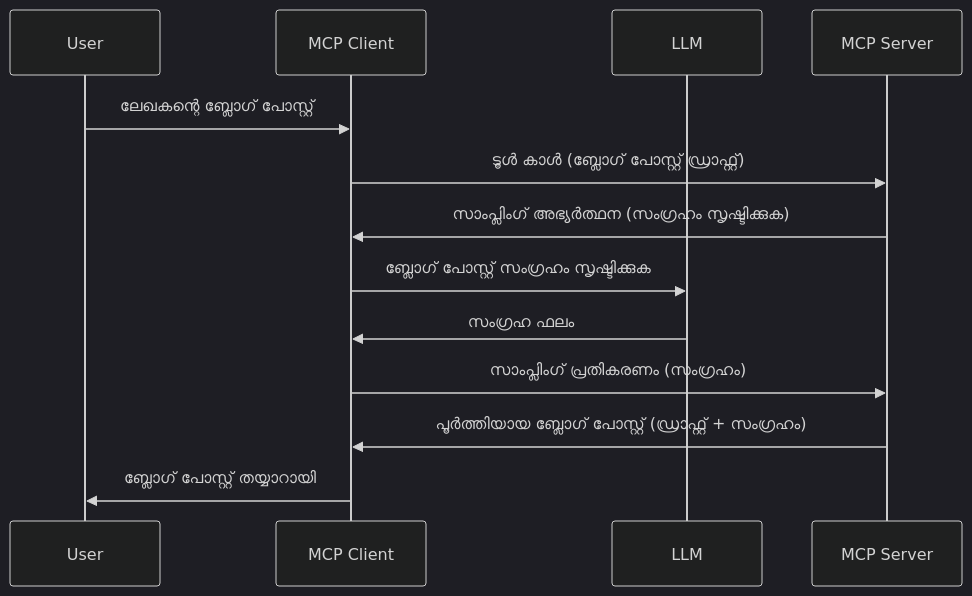
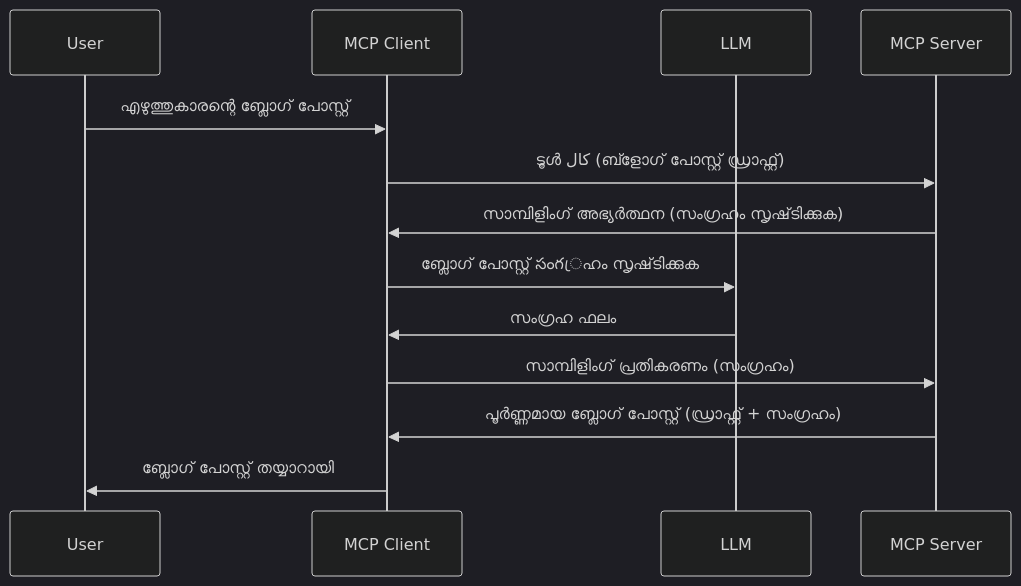
One commit to HIDORAKAI002/ai-workspace-archive changed the diagram in mcp_ecosystem__model_context_protocol/mcp_learning_resources/mcp-for-beginners/translations/ml/03-GettingStarted/14-sampling/README.md. Above: the diagram before and after it, drawn with Mermaid (dark theme). The commit also changed other lines of this file and 5748 other files, not shown here.

Commit message:
chore(sync): update MCP Python SDK, MCP TypeScript SDK, Supabase MCP, Kubernetes MCP Server, Git MCP, MCP Agent, Awesome ChatGPT Prompts, Langfuse, +62 more

````diff
--- a/mcp_ecosystem__model_context_protocol/mcp_learning_resources/mcp-for-beginners/translations/ml/03-GettingStarted/14-sampling/README.md
+++ b/mcp_ecosystem__model_context_protocol/mcp_learning_resources/mcp-for-beginners/translations/ml/03-GettingStarted/14-sampling/README.md
@@ -25,16 +27,16 @@
 ```mermaid
 sequenceDiagram
     participant User
     participant MCP Client
     participant LLM
     participant MCP Server
 
-    User->>MCP Client: ലേഖകന്റെ ബ്ലോഗ് പോസ്റ്റ്
-    MCP Client->>MCP Server: ടൂൾ കാൾ (ബ്ലോഗ് പോസ്റ്റ് ഡ്രാഫ്റ്റ്)
-    MCP Server->>MCP Client: സാംപ്ലിംഗ് അഭ്യർത്ഥന (സംഗ്രഹം സൃഷ്ടിക്കുക)
-    MCP Client->>LLM: ബ്ലോഗ് പോസ്റ്റ് സംഗ്രഹം സൃഷ്ടിക്കുക
+    User->>MCP Client: എഴുത്തുകാരന്റെ ബ്ലോഗ് പോസ്റ്റ്
+    MCP Client->>MCP Server: ടൂൾ کال (ബ്ളോഗ് പോസ്റ്റ് ഡ്രാഫ്റ്റ്)
+    MCP Server->>MCP Client: സാമ്പിളിംഗ് അഭ്യർത്ഥന (സംഗ്രഹം സൃഷ്‌ടിക്കുക)
+    MCP Client->>LLM: ബ്ലോഗ് പോസ്റ്റ് సంగ്രഹം സൃഷ്‌ടിക്കുക
     LLM->>MCP Client: സംഗ്രഹ ഫലം
-    MCP Client->>MCP Server: സാംപ്ലിംഗ് പ്രതികരണം (സംഗ്രഹം)
-    MCP Server->>MCP Client: പൂർത്തിയായ ബ്ലോഗ് പോസ്റ്റ് (ഡ്രാഫ്റ്റ് + സംഗ്രഹം)
+    MCP Client->>MCP Server: സാമ്പിളിംഗ് പ്രതികരണം (സംഗ്രഹം)
+    MCP Server->>MCP Client: പൂർണ്ണമായ ബ്ലോഗ് പോസ്റ്റ് (ഡ്രാഫ്റ്റ് + സംഗ്രഹം)
     MCP Client->>User: ബ്ലോഗ് പോസ്റ്റ് തയ്യാറായി
 ```
````
